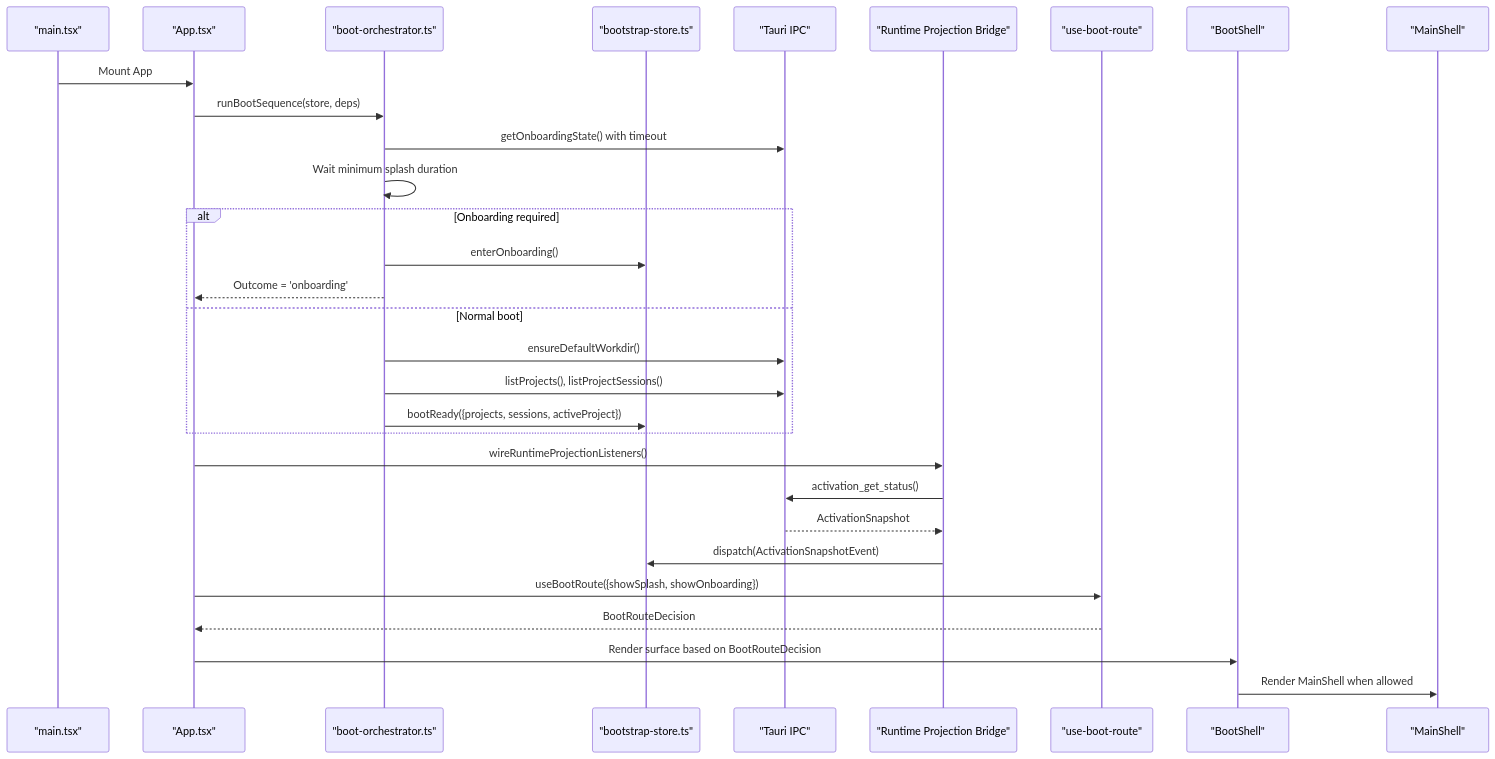
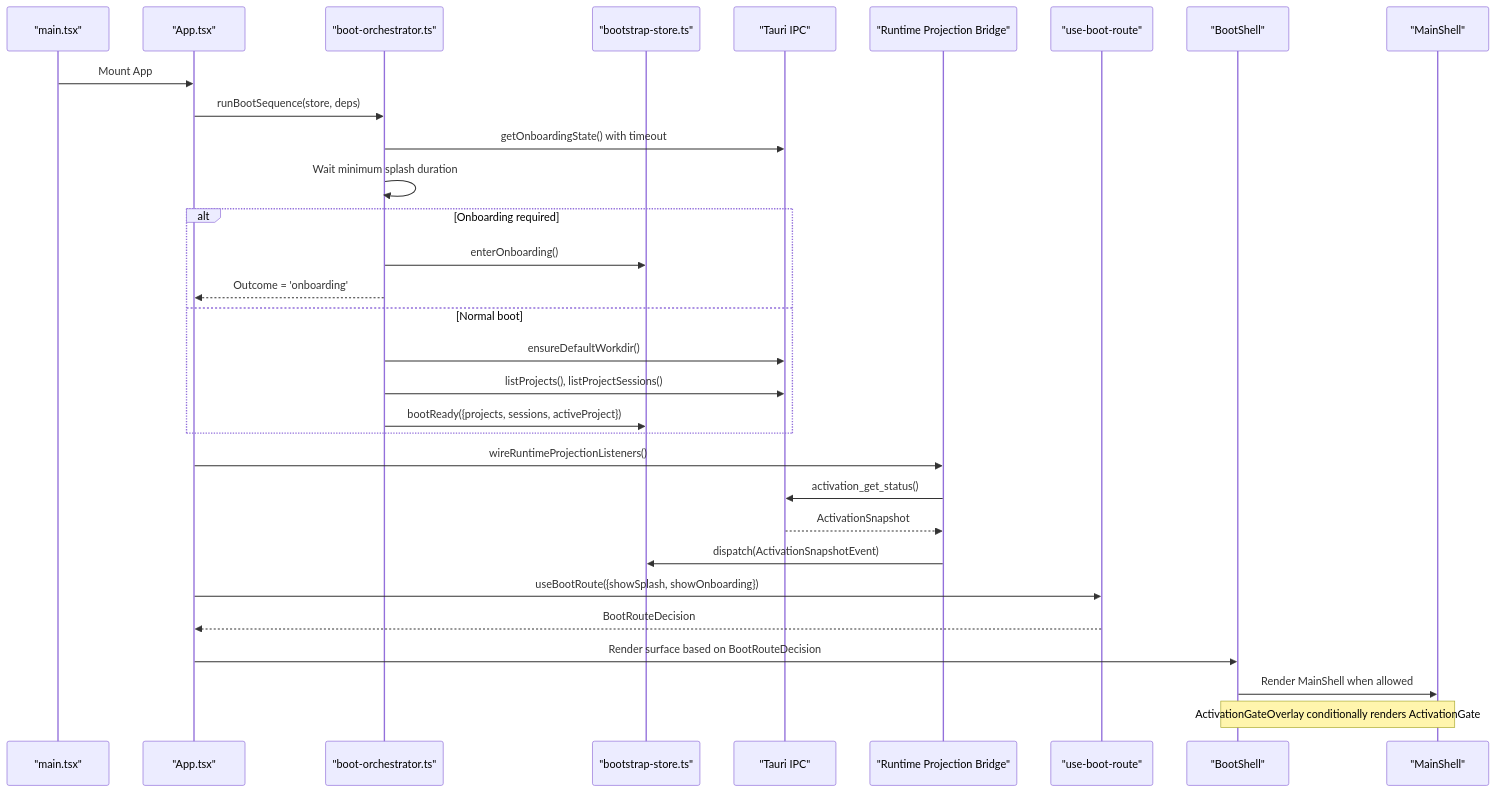
One commit to novolei/if2Ai changed the second of 10 diagrams in .qoder/repowiki/en/content/Frontend Application/React Component Architecture/Boot Process and Shell Management.md. Above: the diagram before and after it, drawn with Mermaid. The commit also changed other lines of this file and 32 other files, not shown here.

````diff
--- a/.qoder/repowiki/en/content/Frontend Application/React Component Architecture/Boot Process and Shell Management.md
+++ b/.qoder/repowiki/en/content/Frontend Application/React Component Architecture/Boot Process and Shell Management.md
@@ -136,32 +169,33 @@
 ```mermaid
 sequenceDiagram
 participant Entry as "main.tsx"
 participant App as "App.tsx"
 participant Orchestrator as "boot-orchestrator.ts"
 participant Store as "bootstrap-store.ts"
 participant IPC as "Tauri IPC"
 participant Bridge as "Runtime Projection Bridge"
 participant Route as "use-boot-route"
 participant Boot as "BootShell"
 participant Main as "MainShell"
 Entry->>App : Mount App
 App->>Orchestrator : runBootSequence(store, deps)
 Orchestrator->>IPC : getOnboardingState() with timeout
 Orchestrator->>Orchestrator : Wait minimum splash duration
 alt Onboarding required
 Orchestrator->>Store : enterOnboarding()
 Orchestrator-->>App : Outcome = 'onboarding'
 else Normal boot
 Orchestrator->>IPC : ensureDefaultWorkdir()
 Orchestrator->>IPC : listProjects(), listProjectSessions()
 Orchestrator->>Store : bootReady({projects, sessions, activeProject})
 end
 App->>Bridge : wireRuntimeProjectionListeners()
 Bridge->>IPC : activation_get_status()
 IPC-->>Bridge : ActivationSnapshot
 Bridge->>Store : dispatch(ActivationSnapshotEvent)
 App->>Route : useBootRoute({showSplash, showOnboarding})
 Route-->>App : BootRouteDecision
 App->>Boot : Render surface based on BootRouteDecision
 Boot->>Main : Render MainShell when allowed
+Note over Boot,Main : ActivationGateOverlay conditionally renders ActivationGate
 ```
````
